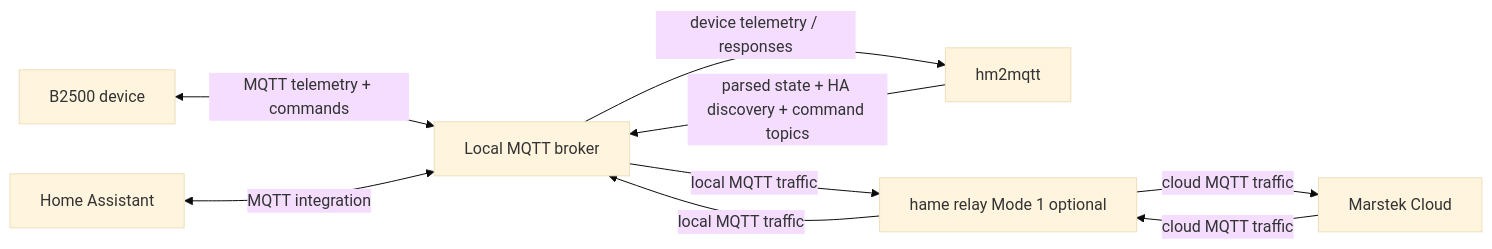
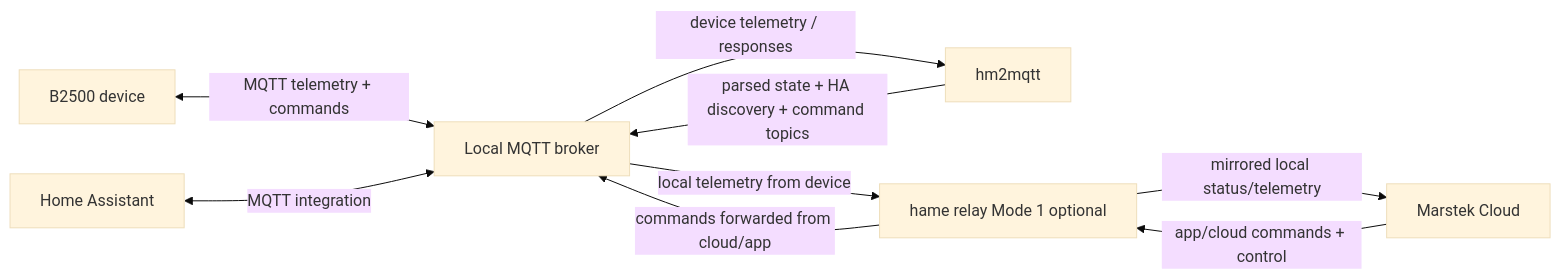
Before and after one commit to tomquist/hm2mqtt: the first of 2 diagrams in README.md, drawn with Mermaid (base theme). The commit also changed other lines of this file, not shown here.

Commit message:
docs: make hame-relay edge labels direction-specific

````diff
--- a/README.md
+++ b/README.md
@@ -37,11 +37,11 @@
 ```mermaid
 flowchart LR
     B2500[B2500 device] <-->|MQTT telemetry + commands| Broker[Local MQTT broker]
     Broker -->|device telemetry / responses| HM2MQTT[hm2mqtt]
     HM2MQTT -->|parsed state + HA discovery + command topics| Broker
     HA[Home Assistant] <-->|MQTT integration| Broker
-    Broker -->|local MQTT traffic| Relay[hame relay Mode 1 optional]
-    Relay -->|local MQTT traffic| Broker
-    Cloud[Marstek Cloud] -->|cloud MQTT traffic| Relay
-    Relay -->|cloud MQTT traffic| Cloud
+    Broker -->|local telemetry from device| Relay[hame relay Mode 1 optional]
+    Relay -->|commands forwarded from cloud/app| Broker
+    Cloud[Marstek Cloud] -->|app/cloud commands + control| Relay
+    Relay -->|mirrored local status/telemetry| Cloud
 ```
````
